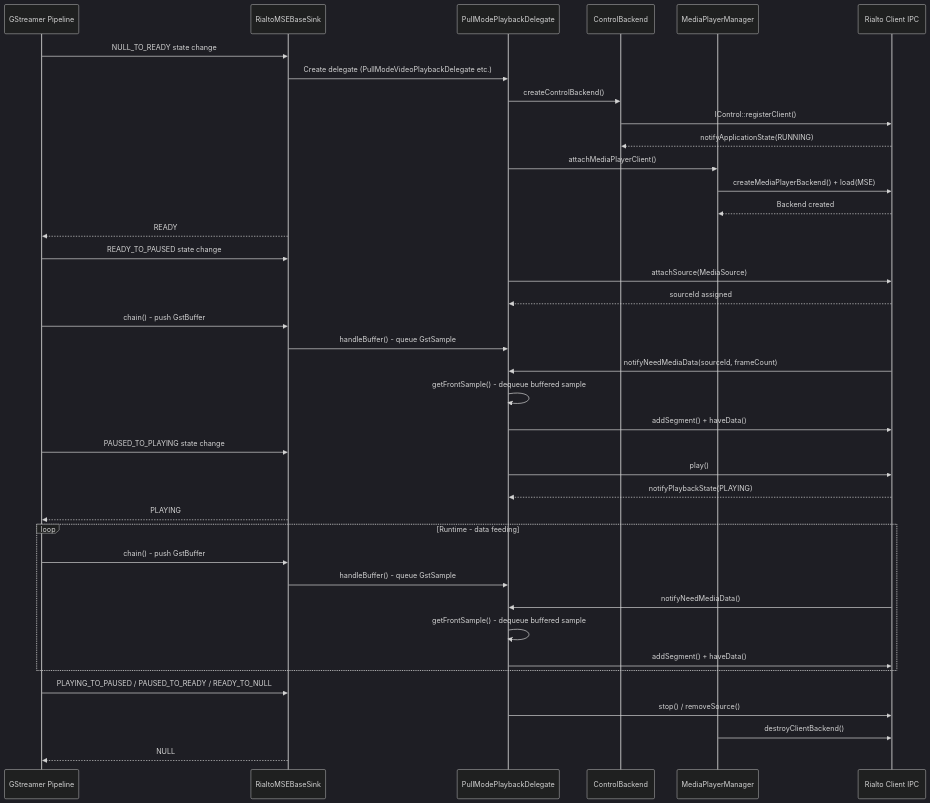
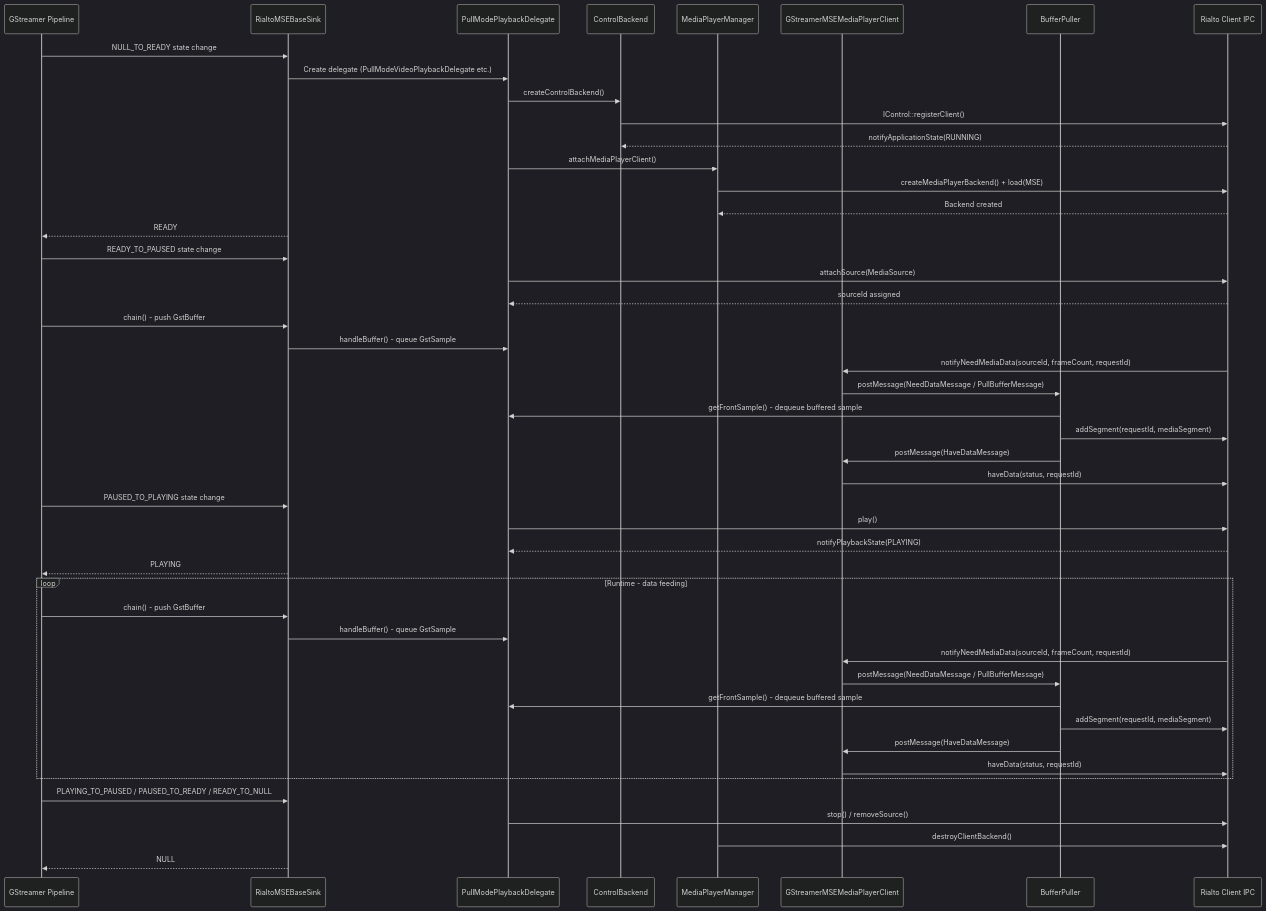
One commit to rdkcentral/rialto-gstreamer changed the third of 7 diagrams in docs/README.md. Above: the diagram before and after it, drawn with Mermaid (dark theme). The commit also changed other lines of this file, not shown here.

Commit message:
RDKDEV-1691:  Add Rialto-gstreamer Documentation
Reason for change:  Address review comments and update Rialto-gstreamer documentation.

Test Procedure:  Documentation review.

````diff
--- a/docs/README.md
+++ b/docs/README.md
@@ -163,46 +163,54 @@
 ```mermaid
 sequenceDiagram
     participant GSTPipeline as GStreamer Pipeline
     participant Sink as RialtoMSEBaseSink
     participant Delegate as PullModePlaybackDelegate
     participant CtrlBackend as ControlBackend
     participant MPMgr as MediaPlayerManager
+    participant MPClient as GStreamerMSEMediaPlayerClient
+    participant BufPuller as BufferPuller
     participant RialtoClient as Rialto Client IPC
 
     GSTPipeline->>Sink: NULL_TO_READY state change
     Sink->>Delegate: Create delegate (PullModeVideoPlaybackDelegate etc.)
     Delegate->>CtrlBackend: createControlBackend()
     CtrlBackend->>RialtoClient: IControl::registerClient()
     RialtoClient-->>CtrlBackend: notifyApplicationState(RUNNING)
     Delegate->>MPMgr: attachMediaPlayerClient()
     MPMgr->>RialtoClient: createMediaPlayerBackend() + load(MSE)
     RialtoClient-->>MPMgr: Backend created
     Sink-->>GSTPipeline: READY
 
     GSTPipeline->>Sink: READY_TO_PAUSED state change
     Delegate->>RialtoClient: attachSource(MediaSource)
     RialtoClient-->>Delegate: sourceId assigned
     GSTPipeline->>Sink: chain() - push GstBuffer
     Sink->>Delegate: handleBuffer() - queue GstSample
-    RialtoClient->>Delegate: notifyNeedMediaData(sourceId, frameCount)
-    Delegate->>Delegate: getFrontSample() - dequeue buffered sample
-    Delegate->>RialtoClient: addSegment() + haveData()
+    RialtoClient->>MPClient: notifyNeedMediaData(sourceId, frameCount, requestId)
+    MPClient->>BufPuller: postMessage(NeedDataMessage / PullBufferMessage)
+    BufPuller->>Delegate: getFrontSample() - dequeue buffered sample
+    BufPuller->>RialtoClient: addSegment(requestId, mediaSegment)
+    BufPuller->>MPClient: postMessage(HaveDataMessage)
+    MPClient->>RialtoClient: haveData(status, requestId)
 
     GSTPipeline->>Sink: PAUSED_TO_PLAYING state change
     Delegate->>RialtoClient: play()
     RialtoClient-->>Delegate: notifyPlaybackState(PLAYING)
     Sink-->>GSTPipeline: PLAYING
 
     loop Runtime - data feeding
         GSTPipeline->>Sink: chain() - push GstBuffer
         Sink->>Delegate: handleBuffer() - queue GstSample
-        RialtoClient->>Delegate: notifyNeedMediaData()
-        Delegate->>Delegate: getFrontSample() - dequeue buffered sample
-        Delegate->>RialtoClient: addSegment() + haveData()
+        RialtoClient->>MPClient: notifyNeedMediaData(sourceId, frameCount, requestId)
+        MPClient->>BufPuller: postMessage(NeedDataMessage / PullBufferMessage)
+        BufPuller->>Delegate: getFrontSample() - dequeue buffered sample
+        BufPuller->>RialtoClient: addSegment(requestId, mediaSegment)
+        BufPuller->>MPClient: postMessage(HaveDataMessage)
+        MPClient->>RialtoClient: haveData(status, requestId)
     end
 
     GSTPipeline->>Sink: PLAYING_TO_PAUSED / PAUSED_TO_READY / READY_TO_NULL
     Delegate->>RialtoClient: stop() / removeSource()
     MPMgr->>RialtoClient: destroyClientBackend()
     Sink-->>GSTPipeline: NULL
 ```
````
